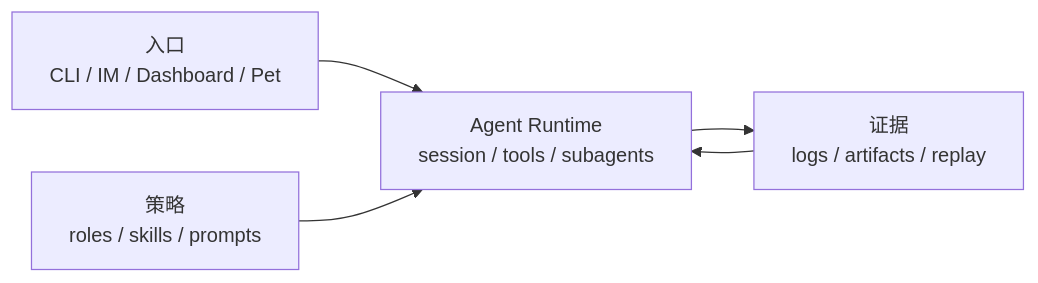
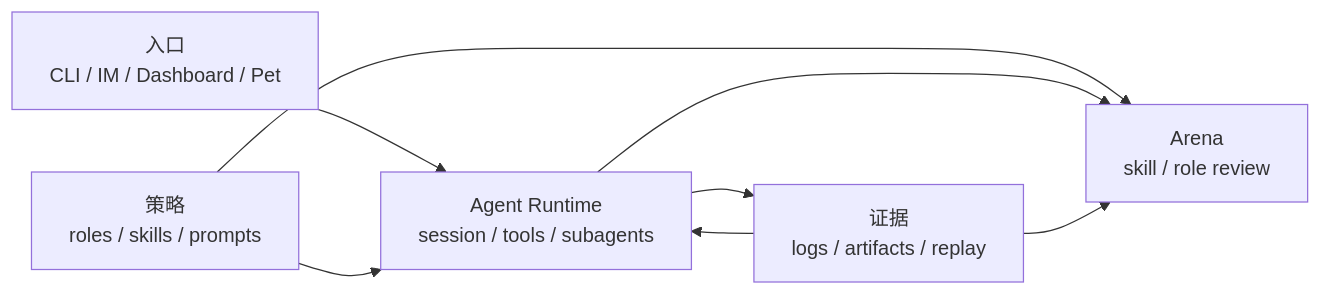
The diagram in README.md (fightheyyy/XiaoBa-CLI), drawn with Mermaid before and after one commit. The commit also changed other lines of this file and 100 other files, not shown here.

````diff
--- a/README.md
+++ b/README.md
@@ -104,12 +105,16 @@
 ```mermaid
 flowchart LR
     Surface["入口<br/>CLI / IM / Dashboard / Pet"]
     Runtime["Agent Runtime<br/>session / tools / subagents"]
     Policy["策略<br/>roles / skills / prompts"]
     Evidence["证据<br/>logs / artifacts / replay"]
+    Arena["Arena<br/>skill / role review"]
 
     Surface --> Runtime
     Policy --> Runtime
     Runtime --> Evidence
     Evidence --> Runtime
+    Policy --> Arena
+    Runtime --> Arena
+    Evidence --> Arena
 ```
````
